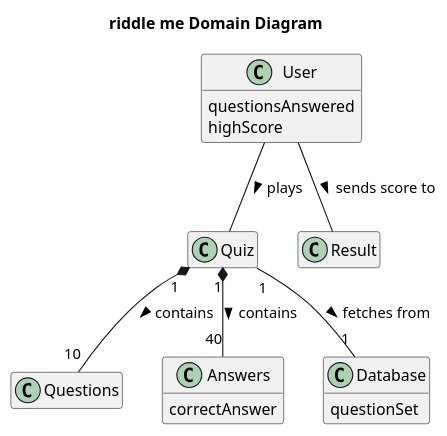
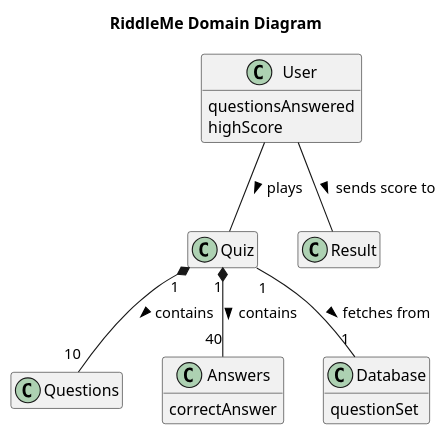
Before and after one commit to brandontoups/RiddleMe: the diagram in app/UML/domain-diagram.puml, drawn with PlantUML. The commit also changed 18 other files, not shown here.

Commit message:
Add rendered PlantUML to UML directory.

```diff
--- a/app/UML/domain-diagram.puml
+++ b/app/UML/domain-diagram.puml
@@ -1,41 +1,41 @@
 @startuml
 
 ' name:     Brandon Toups, Evan McCarthy
 ' email:    bmt0015        esm0012
 ' class:    COMP3710-001
 ' date:     3 May 2018
 ' file:     domain-diagram.puml
 
-title riddle me Domain Diagram
+title RiddleMe Domain Diagram
 
 class User {
     questionsAnswered
     highScore
 }
 class Questions {
     
 }
 class Answers {
     correctAnswer
 }
 class Quiz {
     
 }
 class Result {
     
 }
 class Database {
     questionSet
 }
 
 
 hide empty members
 hide methods
 
 User --  Quiz: plays >
 Quiz "1" *-- "10" Questions: contains >
 Quiz "1" *-- "40" Answers: contains >
 User -- Result: sends score to >
 Quiz "1" -- "1" Database: fetches from > 
 
 @enduml
```
